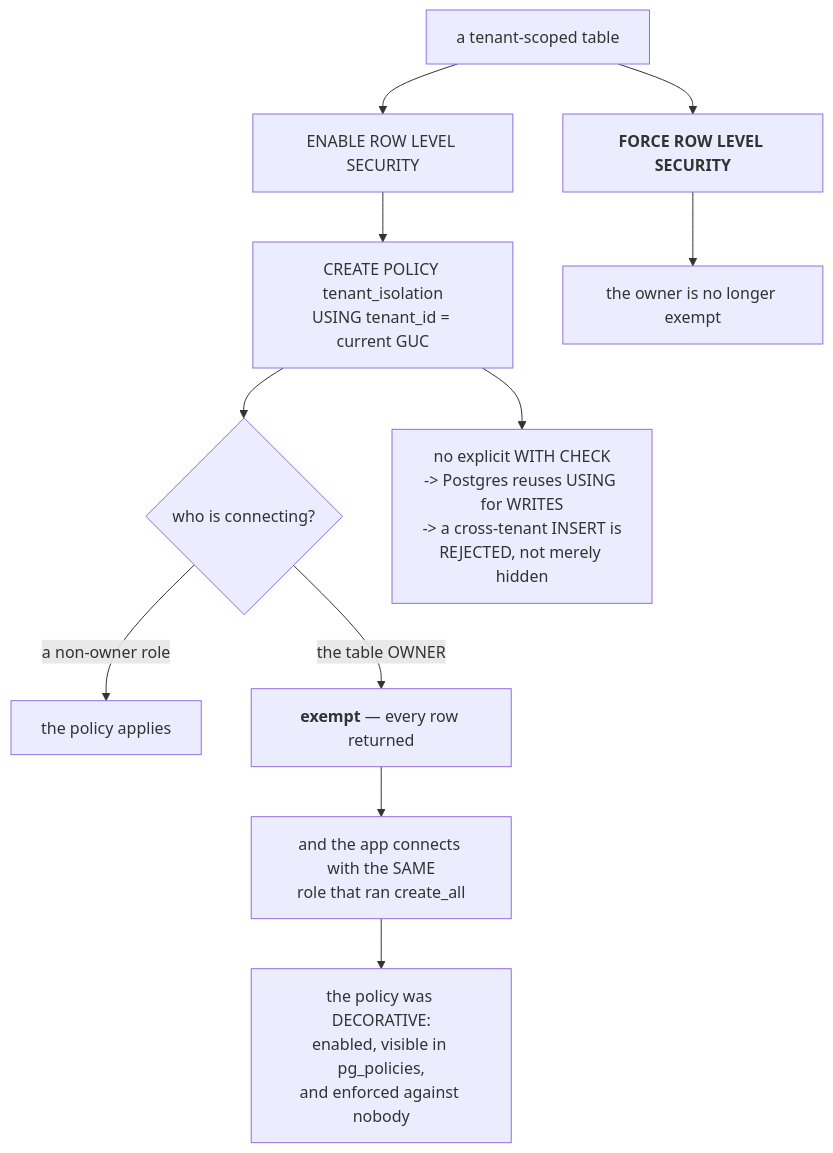
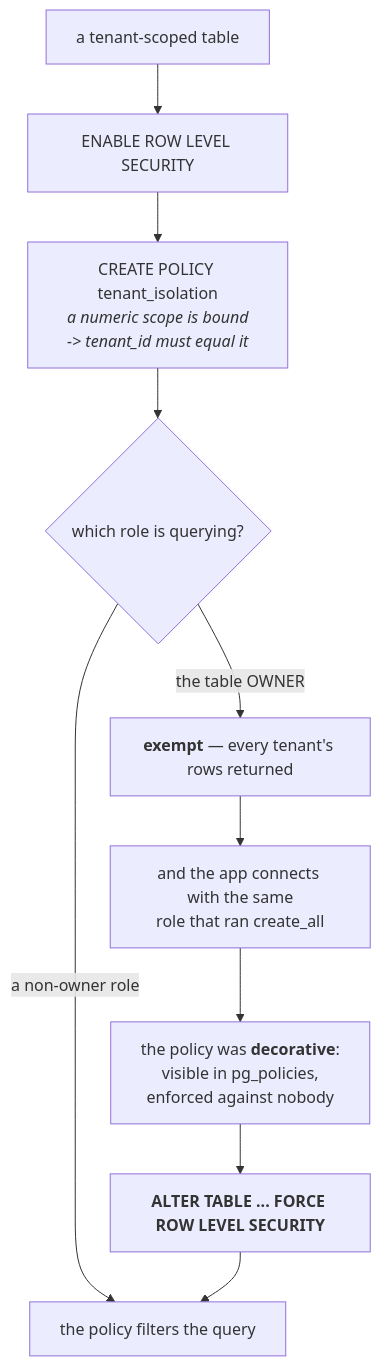
One commit to yrevash/aegis changed the fifth of 5 diagrams in docs/teaching/data/40-diagrams.md. Above: the diagram before and after it, drawn with Mermaid. The commit also changed other lines of this file and 111 other files, not shown here.

````diff
--- a/docs/teaching/data/40-diagrams.md
+++ b/docs/teaching/data/40-diagrams.md
@@ -217,17 +152,15 @@
 ```mermaid
 flowchart TB
     T["a tenant-scoped table"] --> E["ENABLE ROW LEVEL SECURITY"]
-    E --> POL["CREATE POLICY tenant_isolation<br/>USING tenant_id = current GUC"]
+    E --> POL["CREATE POLICY tenant_isolation<br/><i>a numeric scope is bound<br/>-> tenant_id must equal it</i>"]
 
-    POL --> CHECK{"who is connecting?"}
-    CHECK -->|"a non-owner role"| ENF["the policy applies"]
-    CHECK -->|"the table OWNER"| BYPASS["<b>exempt</b> — every row returned"]
+    POL --> WHO{"which role is querying?"}
+    WHO -->|"a non-owner role"| ENF["the policy filters the query"]
+    WHO -->|"the table OWNER"| BYP["<b>exempt</b> — every tenant's rows returned"]
 
-    BYPASS --> REAL["and the app connects with the SAME<br/>role that ran create_all"]
-    REAL --> DEC["the policy was DECORATIVE:<br/>enabled, visible in pg_policies,<br/>and enforced against nobody"]
+    BYP --> SAME["and the app connects with the same<br/>role that ran create_all"]
+    SAME --> DEC["the policy was <b>decorative</b>:<br/>visible in pg_policies,<br/>enforced against nobody"]
 
-    T --> F["<b>FORCE ROW LEVEL SECURITY</b>"]
-    F --> FIXED["the owner is no longer exempt"]
-
-    POL --> NOCHECK["no explicit WITH CHECK<br/>-> Postgres reuses USING for WRITES<br/>-> a cross-tenant INSERT is<br/>REJECTED, not merely hidden"]
+    DEC --> F["<b>ALTER TABLE ... FORCE ROW LEVEL SECURITY</b>"]
+    F --> ENF
 ```
````
